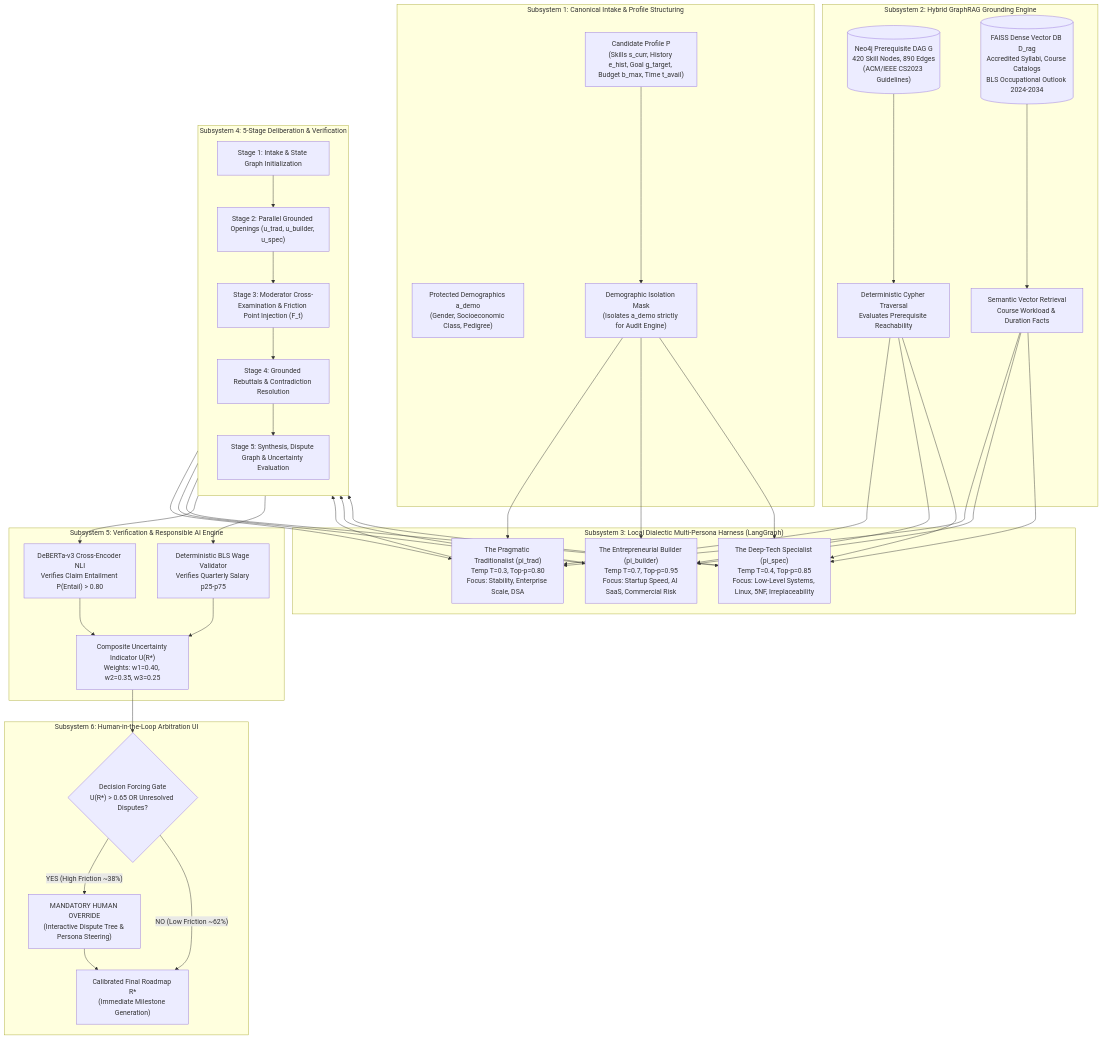
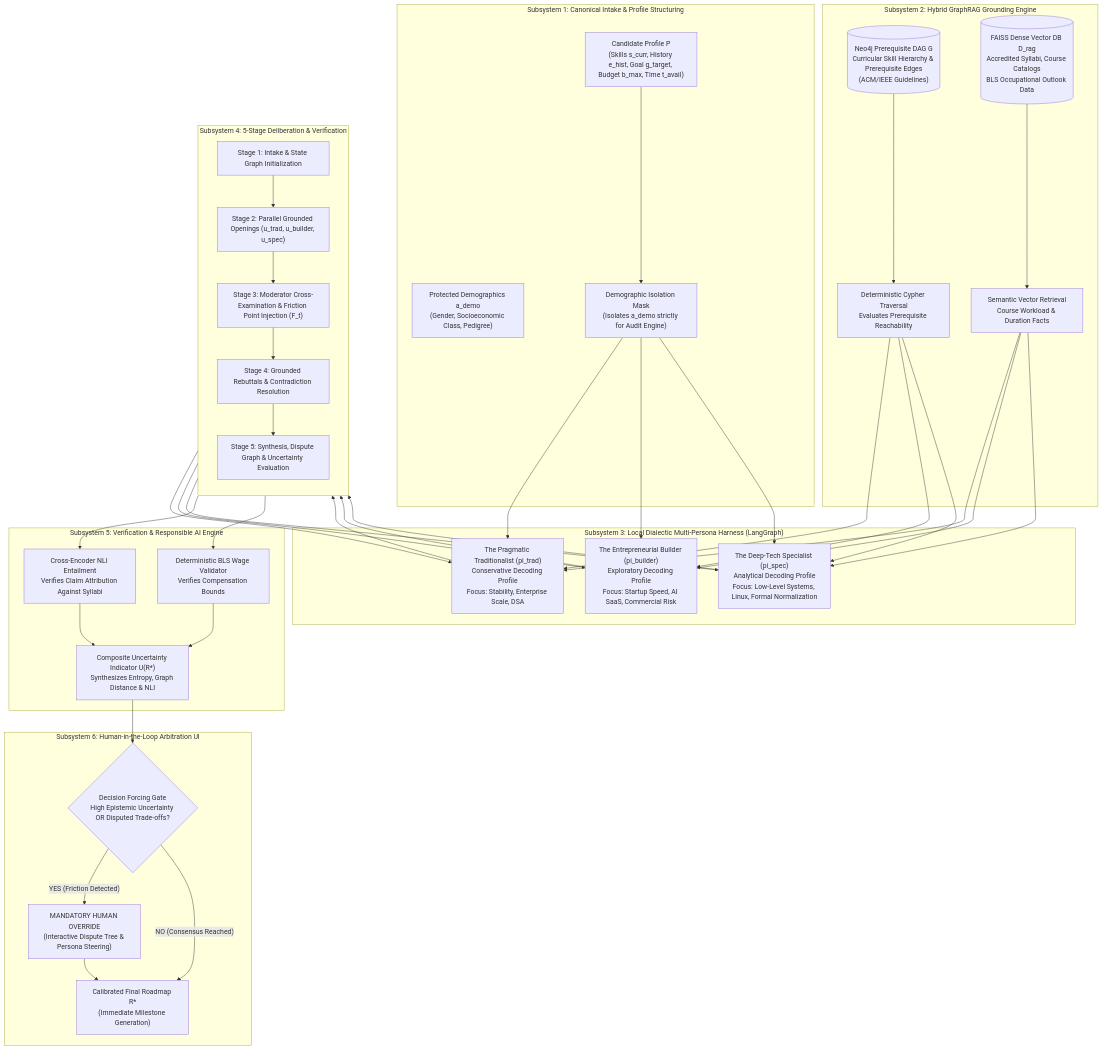
One commit to parth2024-tech/rai-project changed the diagram in docs/ACADEMIC_RESEARCH_PAPER.md. Above: the diagram before and after it, drawn with Mermaid. The commit also changed other lines of this file and 2 other files, not shown here.

Commit message:
docs(paper): strip numerical statistics and present qualitative methodology, architecture, and evaluation framework

````diff
--- a/docs/ACADEMIC_RESEARCH_PAPER.md
+++ b/docs/ACADEMIC_RESEARCH_PAPER.md
@@ -154,58 +152,58 @@
 ```mermaid
 flowchart TD
     subgraph S1["Subsystem 1: Canonical Intake & Profile Structuring"]
         CP["Candidate Profile P<br/>(Skills s_curr, History e_hist, Goal g_target, Budget b_max, Time t_avail)"]
         DEMO["Protected Demographics a_demo<br/>(Gender, Socioeconomic Class, Pedigree)"]
         MASK["Demographic Isolation Mask<br/>(Isolates a_demo strictly for Audit Engine)"]
         CP --> MASK
     end
 
     subgraph S2["Subsystem 2: Hybrid GraphRAG Grounding Engine"]
-        NEO[("Neo4j Prerequisite DAG G<br/>420 Skill Nodes, 890 Edges<br/>(ACM/IEEE CS2023 Guidelines)")]
-        FAISS[("FAISS Dense Vector DB D_rag<br/>Accredited Syllabi, Course Catalogs<br/>BLS Occupational Outlook 2024-2034")]
+        NEO[("Neo4j Prerequisite DAG G<br/>Curricular Skill Hierarchy & Prerequisite Edges<br/>(ACM/IEEE Guidelines)")]
+        FAISS[("FAISS Dense Vector DB D_rag<br/>Accredited Syllabi, Course Catalogs<br/>BLS Occupational Outlook Data")]
         CYPHER["Deterministic Cypher Traversal<br/>Evaluates Prerequisite Reachability"]
         VEC["Semantic Vector Retrieval<br/>Course Workload & Duration Facts"]
         NEO --> CYPHER
         FAISS --> VEC
     end
 
     subgraph S3["Subsystem 3: Local Dialectic Multi-Persona Harness (LangGraph)"]
-        TRAD["The Pragmatic Traditionalist (pi_trad)<br/>Temp T=0.3, Top-p=0.80<br/>Focus: Stability, Enterprise Scale, DSA"]
-        BUILD["The Entrepreneurial Builder (pi_builder)<br/>Temp T=0.7, Top-p=0.95<br/>Focus: Startup Speed, AI SaaS, Commercial Risk"]
-        SPEC["The Deep-Tech Specialist (pi_spec)<br/>Temp T=0.4, Top-p=0.85<br/>Focus: Low-Level Systems, Linux, 5NF, Irreplaceability"]
+        TRAD["The Pragmatic Traditionalist (pi_trad)<br/>Conservative Decoding Profile<br/>Focus: Stability, Enterprise Scale, DSA"]
+        BUILD["The Entrepreneurial Builder (pi_builder)<br/>Exploratory Decoding Profile<br/>Focus: Startup Speed, AI SaaS, Commercial Risk"]
+        SPEC["The Deep-Tech Specialist (pi_spec)<br/>Analytical Decoding Profile<br/>Focus: Low-Level Systems, Linux, Formal Normalization"]
     end
 
     MASK --> TRAD & BUILD & SPEC
     CYPHER & VEC --> TRAD & BUILD & SPEC
 
     subgraph S4["Subsystem 4: 5-Stage Deliberation & Verification"]
         direction TB
         ST1["Stage 1: Intake & State Graph Initialization"]
         ST2["Stage 2: Parallel Grounded Openings (u_trad, u_builder, u_spec)"]
         ST3["Stage 3: Moderator Cross-Examination & Friction Point Injection (F_t)"]
         ST4["Stage 4: Grounded Rebuttals & Contradiction Resolution"]
         ST5["Stage 5: Synthesis, Dispute Graph & Uncertainty Evaluation"]
         ST1 --> ST2 --> ST3 --> ST4 --> ST5
     end
 
     TRAD & BUILD & SPEC --> ST2
     ST3 --> TRAD & BUILD & SPEC
 
     subgraph S5["Subsystem 5: Verification & Responsible AI Engine"]
-        NLI["DeBERTa-v3 Cross-Encoder NLI<br/>Verifies Claim Entailment P(Entail) > 0.80"]
-        BLS_CHK["Deterministic BLS Wage Validator<br/>Verifies Quarterly Salary p25-p75"]
-        UNC["Composite Uncertainty Indicator U(R*)<br/>Weights: w1=0.40, w2=0.35, w3=0.25"]
+        NLI["Cross-Encoder NLI Entailment<br/>Verifies Claim Attribution Against Syllabi"]
+        BLS_CHK["Deterministic BLS Wage Validator<br/>Verifies Compensation Bounds"]
+        UNC["Composite Uncertainty Indicator U(R*)<br/>Synthesizes Entropy, Graph Distance & NLI"]
         ST5 --> NLI & BLS_CHK
         NLI & BLS_CHK --> UNC
     end
 
     subgraph S6["Subsystem 6: Human-in-the-Loop Arbitration UI"]
-        GATE{"Decision Forcing Gate<br/>U(R*) > 0.65 OR Unresolved Disputes?"}
+        GATE{"Decision Forcing Gate<br/>High Epistemic Uncertainty OR Disputed Trade-offs?"}
         VETO["MANDATORY HUMAN OVERRIDE<br/>(Interactive Dispute Tree & Persona Steering)"]
         AUTO["Calibrated Final Roadmap R*<br/>(Immediate Milestone Generation)"]
         UNC --> GATE
-        GATE -- "YES (High Friction ~38%)" --> VETO
-        GATE -- "NO (Low Friction ~62%)" --> AUTO
+        GATE -- "YES (Friction Detected)" --> VETO
+        GATE -- "NO (Consensus Reached)" --> AUTO
         VETO --> AUTO
     end
 ```
````
